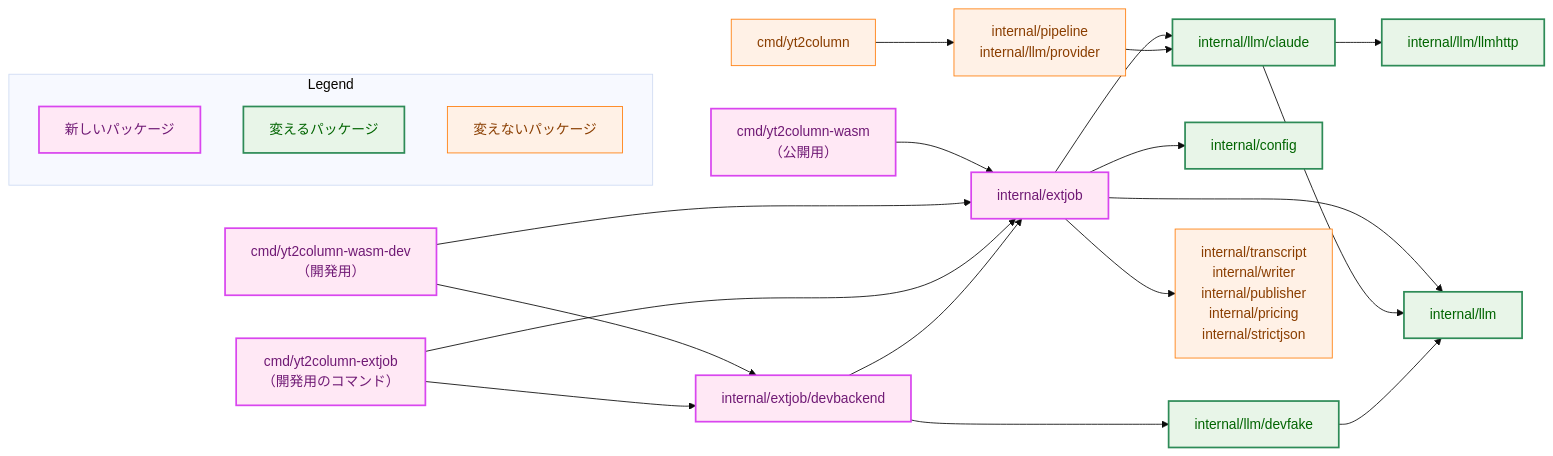
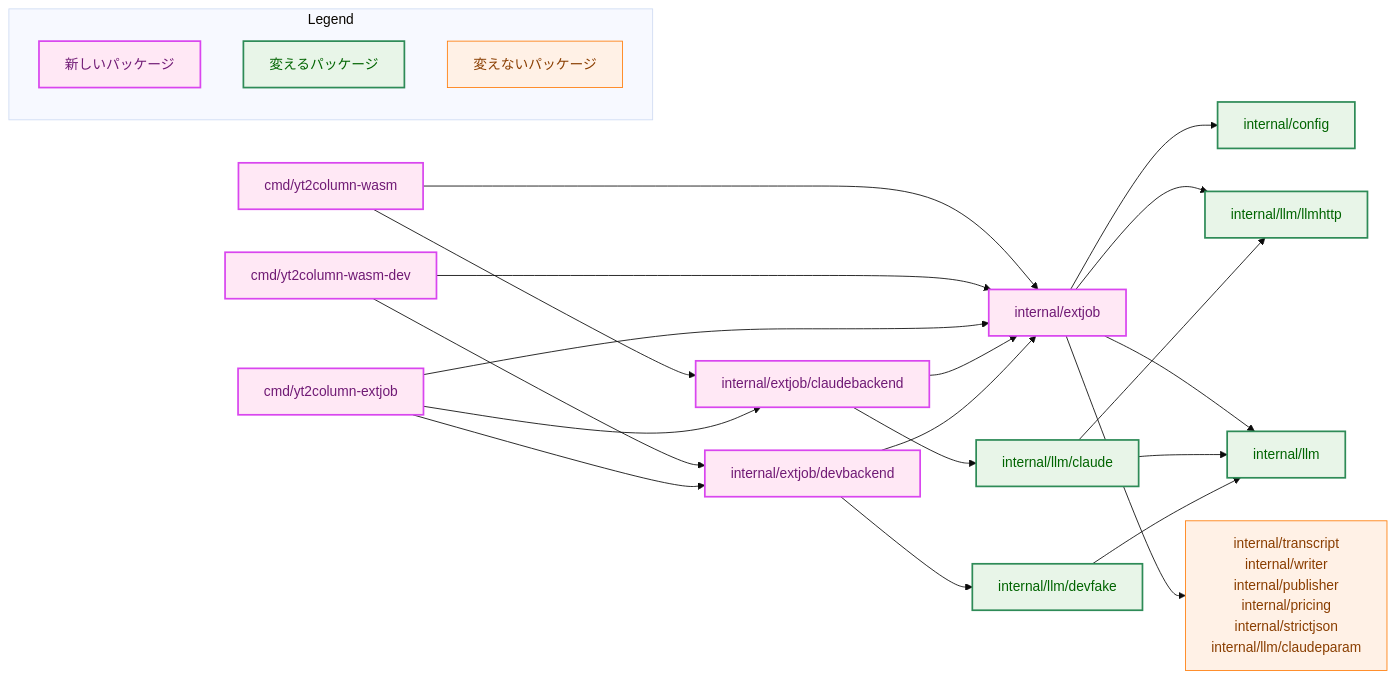
The second of 8 diagrams in docs/tasks/0091_extension_only_migration/02_architecture.md (isseis/yt2column), drawn with Mermaid (base theme) before and after one commit. The commit also changed other lines of this file and 8 other files, not shown here.

First line of the commit message:
docs(0091): apply the architecture and prose review fixes

````diff
--- a/docs/tasks/0091_extension_only_migration/02_architecture.md
+++ b/docs/tasks/0091_extension_only_migration/02_architecture.md
@@ -105,50 +112,51 @@
 ```mermaid
 flowchart LR
     classDef process fill:#fff1e6,stroke:#ff7f0e,stroke-width:1px,color:#8a3e00;
     classDef enhanced fill:#e8f5e8,stroke:#2e8b57,stroke-width:2px,color:#006400;
     classDef newpkg fill:#ffe8f5,stroke:#d946ef,stroke-width:2px,color:#701a75;
 
-    WASM["cmd/yt2column-wasm<br>（公開用）"]
-    WASMDEV["cmd/yt2column-wasm-dev<br>（開発用）"]
-    EXTCMD["cmd/yt2column-extjob<br>（開発用のコマンド）"]
-    CLI["cmd/yt2column"]
+    WASM["cmd/yt2column-wasm"]
+    WASMDEV["cmd/yt2column-wasm-dev"]
+    EXTCMD["cmd/yt2column-extjob"]
     EJ["internal/extjob"]
+    CLB["internal/extjob/claudebackend"]
     DEVB["internal/extjob/devbackend"]
     FAKE["internal/llm/devfake"]
     CFG["internal/config"]
     CL["internal/llm/claude"]
     HTTP["internal/llm/llmhttp"]
     LLM["internal/llm"]
-    CORE["internal/transcript<br>internal/writer<br>internal/publisher<br>internal/pricing<br>internal/strictjson"]
-    PIPE["internal/pipeline<br>internal/llm/provider"]
+    CORE["internal/transcript<br>internal/writer<br>internal/publisher<br>internal/pricing<br>internal/strictjson<br>internal/llm/claudeparam"]
 
     WASM --> EJ
+    WASM --> CLB
     WASMDEV --> EJ
     WASMDEV --> DEVB
     EXTCMD --> EJ
+    EXTCMD --> CLB
     EXTCMD --> DEVB
+    CLB --> EJ
+    CLB --> CL
     DEVB --> EJ
     DEVB --> FAKE
     EJ --> CFG
-    EJ --> CL
+    EJ --> HTTP
+    EJ --> LLM
     EJ --> CORE
-    EJ --> LLM
     CL --> HTTP
     CL --> LLM
     FAKE --> LLM
-    CLI --> PIPE
-    PIPE --> CL
 
-    class WASM,WASMDEV,EXTCMD,EJ,DEVB newpkg
+    class WASM,WASMDEV,EXTCMD,EJ,CLB,DEVB newpkg
     class CFG,CL,HTTP,LLM,FAKE enhanced
-    class CLI,CORE,PIPE process
+    class CORE process
 
     subgraph Legend["Legend"]
         L1["新しいパッケージ"]
         L2["変えるパッケージ"]
         L3["変えないパッケージ"]
     end
     class L1 newpkg
     class L2 enhanced
     class L3 process
 ```
````
